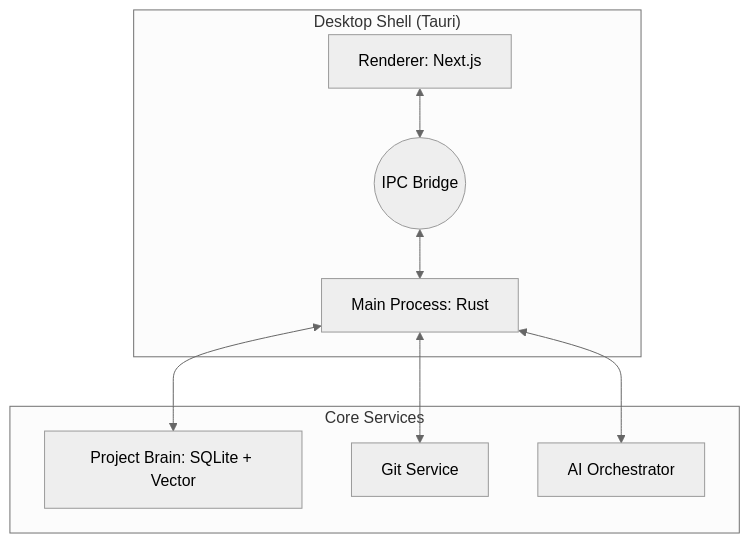
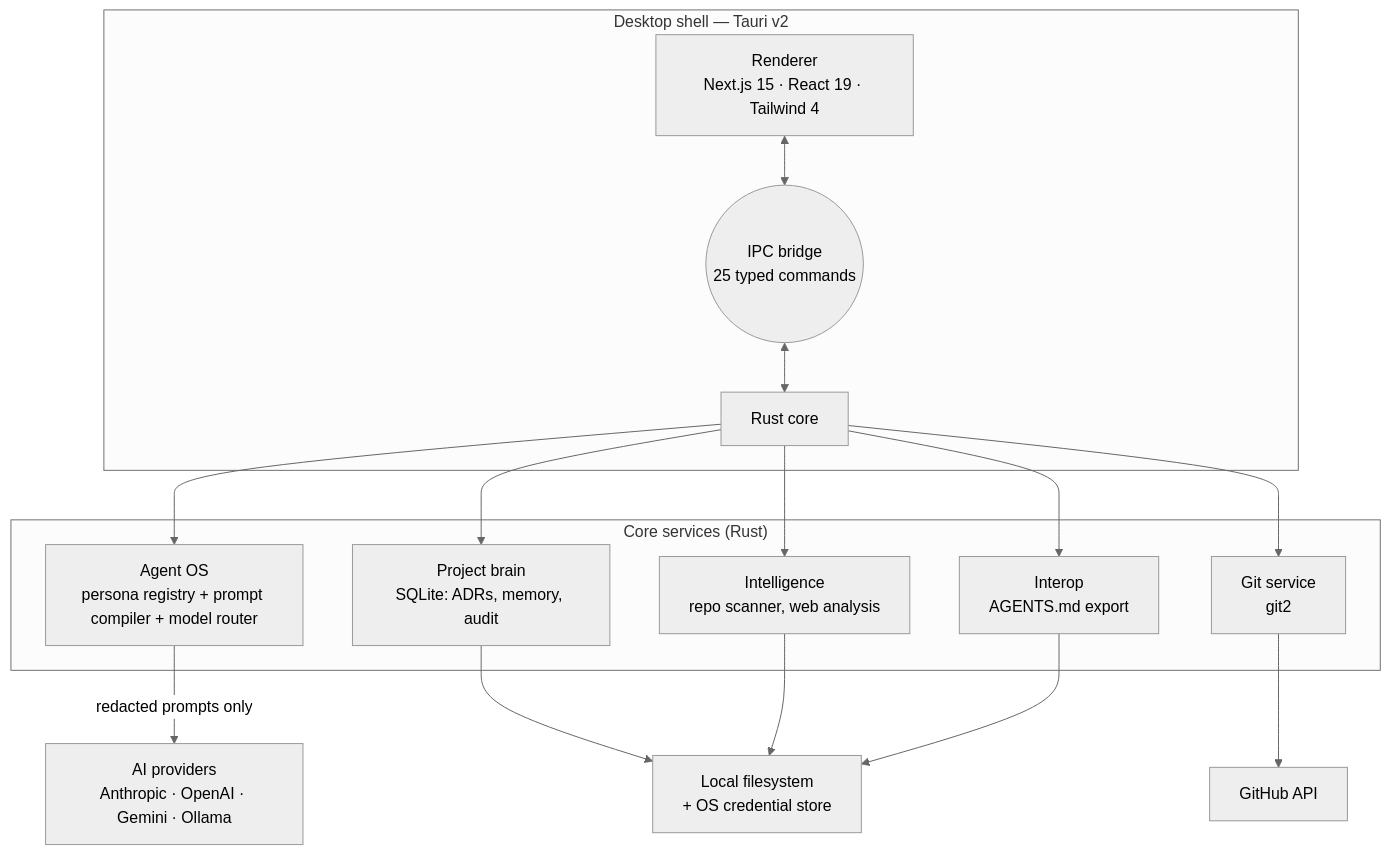
One commit to Emerald-dev0/Blueprint changed the diagram in README.md. Above: the diagram before and after it, drawn with Mermaid (neutral theme). The commit also changed other lines of this file and 9 other files, not shown here.

````diff
--- a/README.md
+++ b/README.md
@@ -51,19 +182,28 @@
 ```mermaid
 graph TD
-    subgraph "Desktop Shell (Tauri)"
-        UI[Renderer: Next.js]
-        Core[Main Process: Rust]
-        IPC((IPC Bridge))
-    end
-    
-    subgraph "Core Services"
-        Brain[Project Brain: SQLite + Vector]
-        Git[Git Service]
-        AI[AI Orchestrator]
+    subgraph Shell["Desktop shell — Tauri v2"]
+        UI["Renderer<br/>Next.js 15 · React 19 · Tailwind 4"]
+        IPC(("IPC bridge<br/>25 typed commands"))
+        Core["Rust core"]
     end
 
+    subgraph Services["Core services (Rust)"]
+        AOS["Agent OS<br/>persona registry + prompt compiler + model router"]
+        Brain["Project brain<br/>SQLite: ADRs, memory, audit"]
+        Intel["Intelligence<br/>repo scanner, web analysis"]
+        Git["Git service<br/>git2"]
+        Interop["Interop<br/>AGENTS.md export"]
+    end
+
+    Local["Local filesystem<br/>+ OS credential store"]
+    Providers["AI providers<br/>Anthropic · OpenAI · Gemini · Ollama"]
+    Remote["GitHub API"]
+
     UI <--> IPC <--> Core
-    Core <--> Brain
-    Core <--> Git
-    Core <--> AI
+    Core --> AOS & Brain & Intel & Git & Interop
+    Brain --> Local
+    Intel --> Local
+    Interop --> Local
+    AOS -->|redacted prompts only| Providers
+    Git --> Remote
 ```
````
